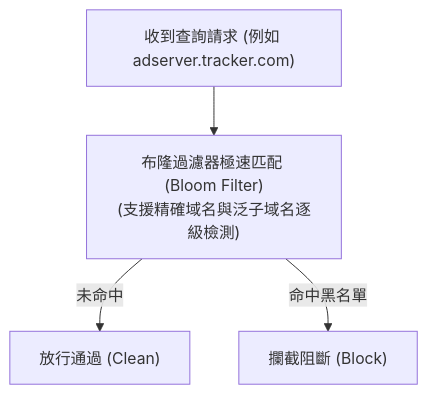
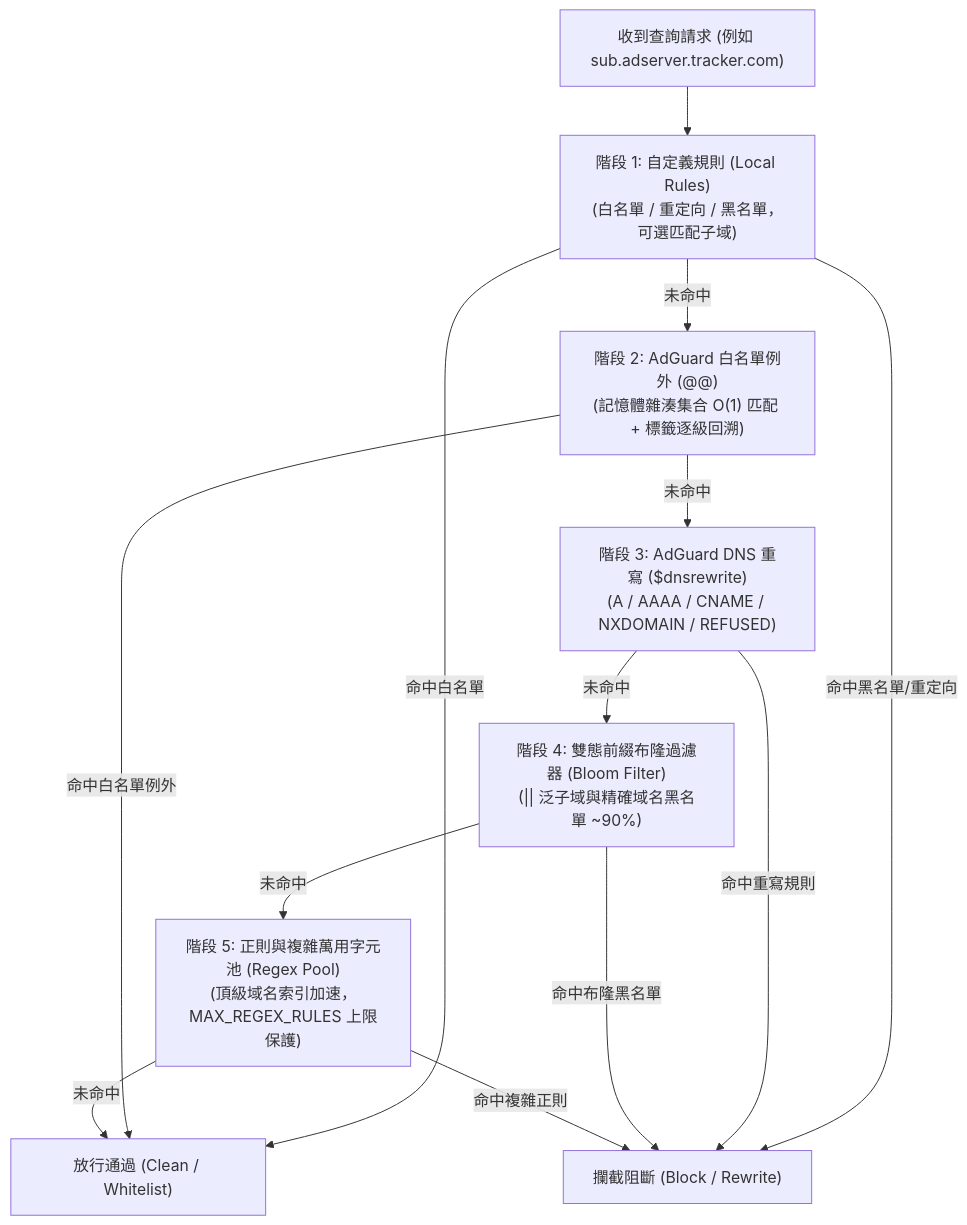
The diagram in docs/src/content/docs/zh-tw/filtering/rules.mdx (Obein/DNS-Worker), drawn with Mermaid before and after one commit. The commit also changed other lines of this file and 22 other files, not shown here.

First line of the commit message:
docs: refactor filtering documentation and improve rule matching architecture

````diff
--- a/docs/src/content/docs/zh-tw/filtering/rules.mdx
+++ b/docs/src/content/docs/zh-tw/filtering/rules.mdx
@@ -101,11 +104,28 @@
 ```mermaid
 flowchart TD
-    REQ["收到查詢請求 (例如 adserver.tracker.com)"]
-    BLOOM["布隆過濾器極速匹配 (Bloom Filter)<br/>(支援精確域名與泛子域名逐級檢測)"]
-    PASS["放行通過 (Clean)"]
-    BLOCK["攔截阻斷 (Block)"]
+    REQ["收到查詢請求 (例如 sub.adserver.tracker.com)"]
+    L1["階段 1: 自定義規則 (Local Rules)<br/>(白名單 / 重定向 / 黑名單，可選匹配子域)"]
+    L2["階段 2: AdGuard 白名單例外 (@@)<br/>(記憶體雜湊集合 O(1) 匹配 + 標籤逐級回溯)"]
+    L3["階段 3: AdGuard DNS 重寫 ($dnsrewrite)<br/>(A / AAAA / CNAME / NXDOMAIN / REFUSED)"]
+    L4["階段 4: 雙態前綴布隆過濾器 (Bloom Filter)<br/>(|| 泛子域與精確域名黑名單 ~90%)"]
+    L5["階段 5: 正則與複雜萬用字元池 (Regex Pool)<br/>(頂級域名索引加速，MAX_REGEX_RULES 上限保護)"]
+    PASS["放行通過 (Clean / Whitelist)"]
+    BLOCK["攔截阻斷 (Block / Rewrite)"]
 
-    REQ --> BLOOM
-    BLOOM -->|"未命中"| PASS
-    BLOOM -->|"命中黑名單"| BLOCK
+    REQ --> L1
+    L1 -->|命中白名單| PASS
+    L1 -->|命中黑名單/重定向| BLOCK
+    L1 -->|未命中| L2
+
+    L2 -->|命中白名單例外| PASS
+    L2 -->|未命中| L3
+
+    L3 -->|命中重寫規則| BLOCK
+    L3 -->|未命中| L4
+
+    L4 -->|命中布隆黑名單| BLOCK
+    L4 -->|未命中| L5
+
+    L5 -->|命中複雜正則| BLOCK
+    L5 -->|未命中| PASS
 ```
````
